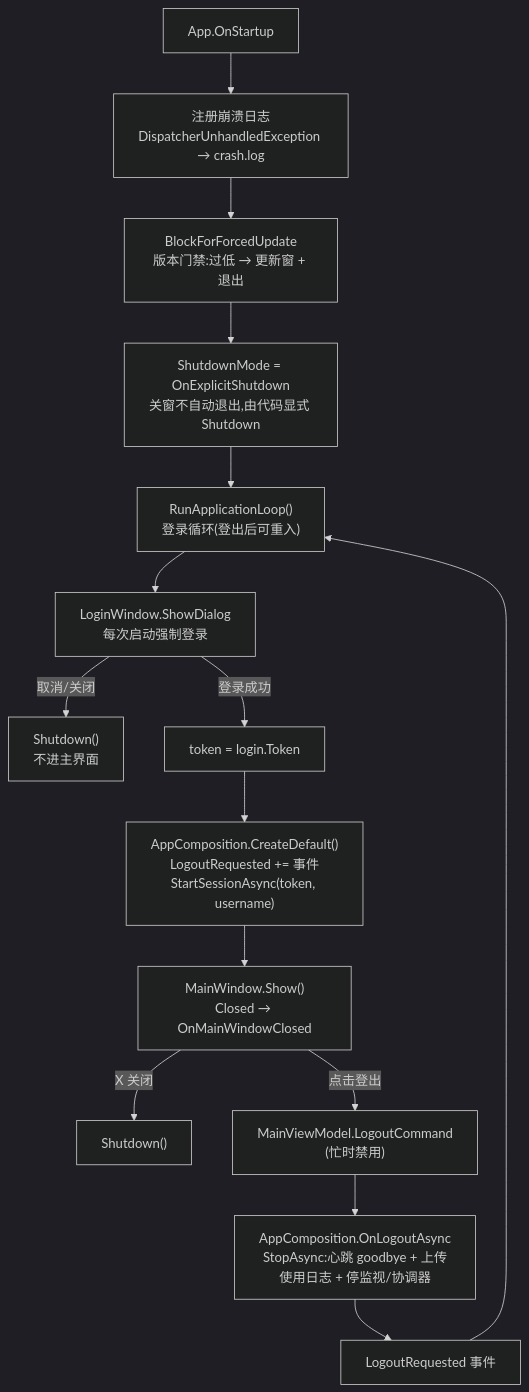
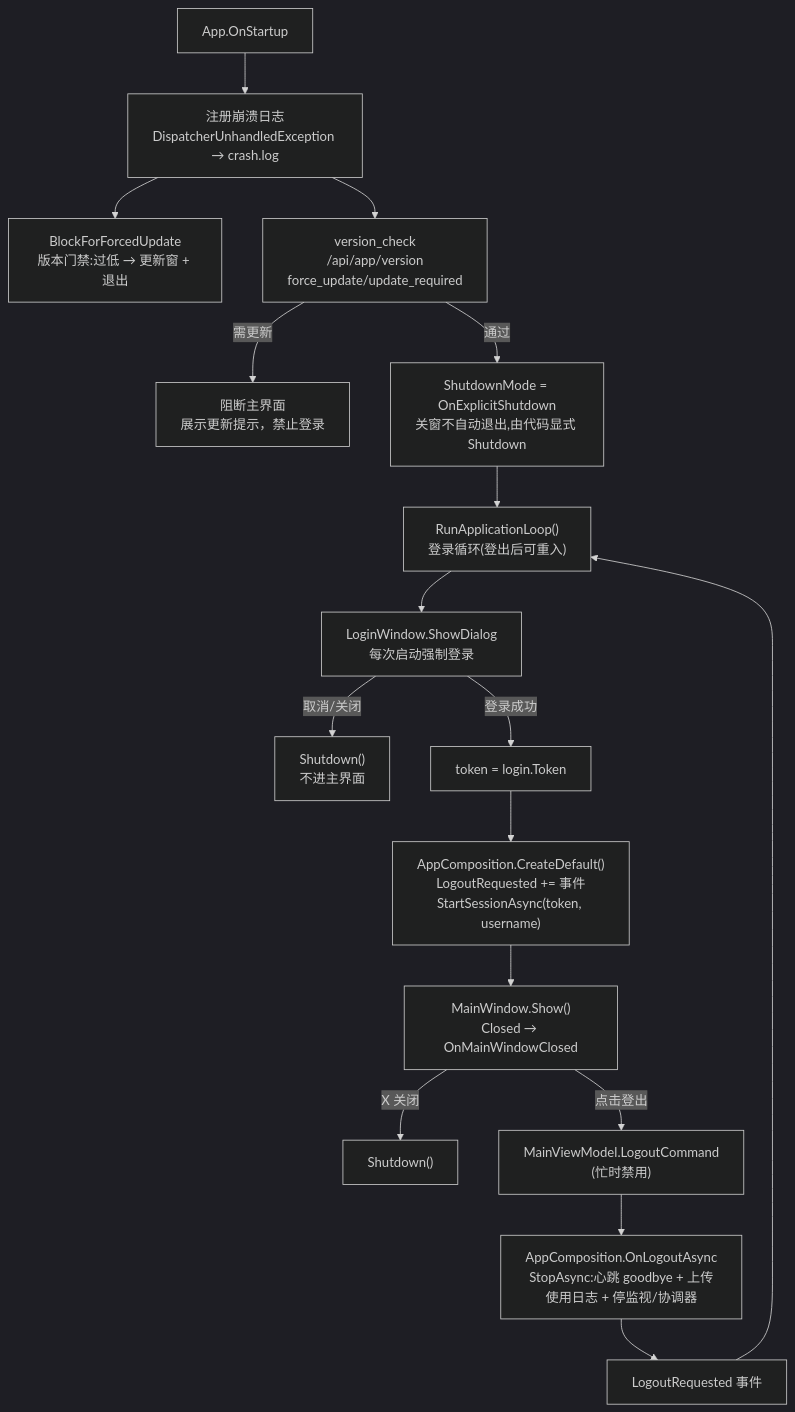
One commit to xxz13352/VivoKsu changed the second of 11 diagrams in docs/architecture.md. Above: the diagram before and after it, drawn with Mermaid (dark theme). The commit also changed other lines of this file and 92 other files, not shown here.

````diff
--- a/docs/architecture.md
+++ b/docs/architecture.md
@@ -122,17 +126,19 @@
 ```mermaid
 flowchart TD
     A[App.OnStartup] --> B[注册崩溃日志<br/>DispatcherUnhandledException → crash.log]
     B --> V["BlockForForcedUpdate<br/>版本门禁:过低 → 更新窗 + 退出"]
-    V --> S["ShutdownMode = OnExplicitShutdown<br/>关窗不自动退出,由代码显式 Shutdown"]
+    B --> CV["version_check<br/>/api/app/version<br/>force_update/update_required"]
+    CV -->|需更新| U["阻断主界面<br/>展示更新提示，禁止登录"]
+    CV -->|通过| S["ShutdownMode = OnExplicitShutdown<br/>关窗不自动退出,由代码显式 Shutdown"]
     S --> L["RunApplicationLoop()<br/>登录循环(登出后可重入)"]
     L --> C["LoginWindow.ShowDialog<br/>每次启动强制登录"]
     C -->|取消/关闭| G["Shutdown()<br/>不进主界面"]
     C -->|登录成功| F["token = login.Token"]
     F --> H["AppComposition.CreateDefault()<br/>LogoutRequested += 事件<br/>StartSessionAsync(token, username)"]
     H --> I["MainWindow.Show()<br/>Closed → OnMainWindowClosed"]
     I -->|X 关闭| X["Shutdown()"]
     I -->|点击登出| O["MainViewModel.LogoutCommand<br/>(忙时禁用)"]
     O --> E["AppComposition.OnLogoutAsync<br/>StopAsync:心跳 goodbye + 上传使用日志 + 停监视/协调器"]
     E --> R["LogoutRequested 事件"]
     R --> L
 ```
````
